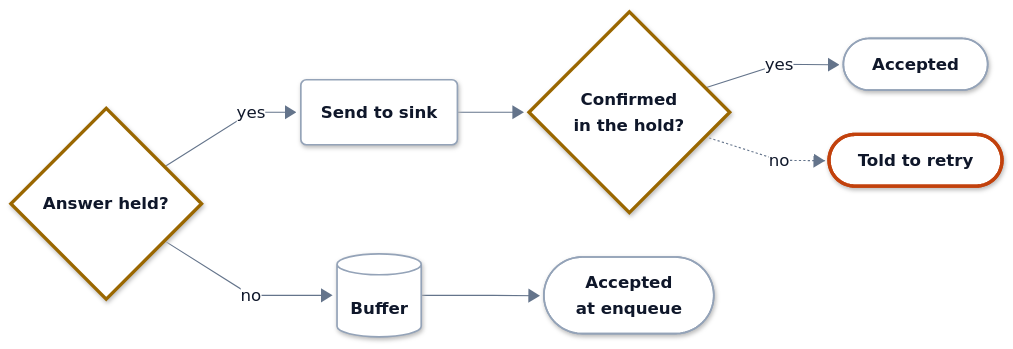
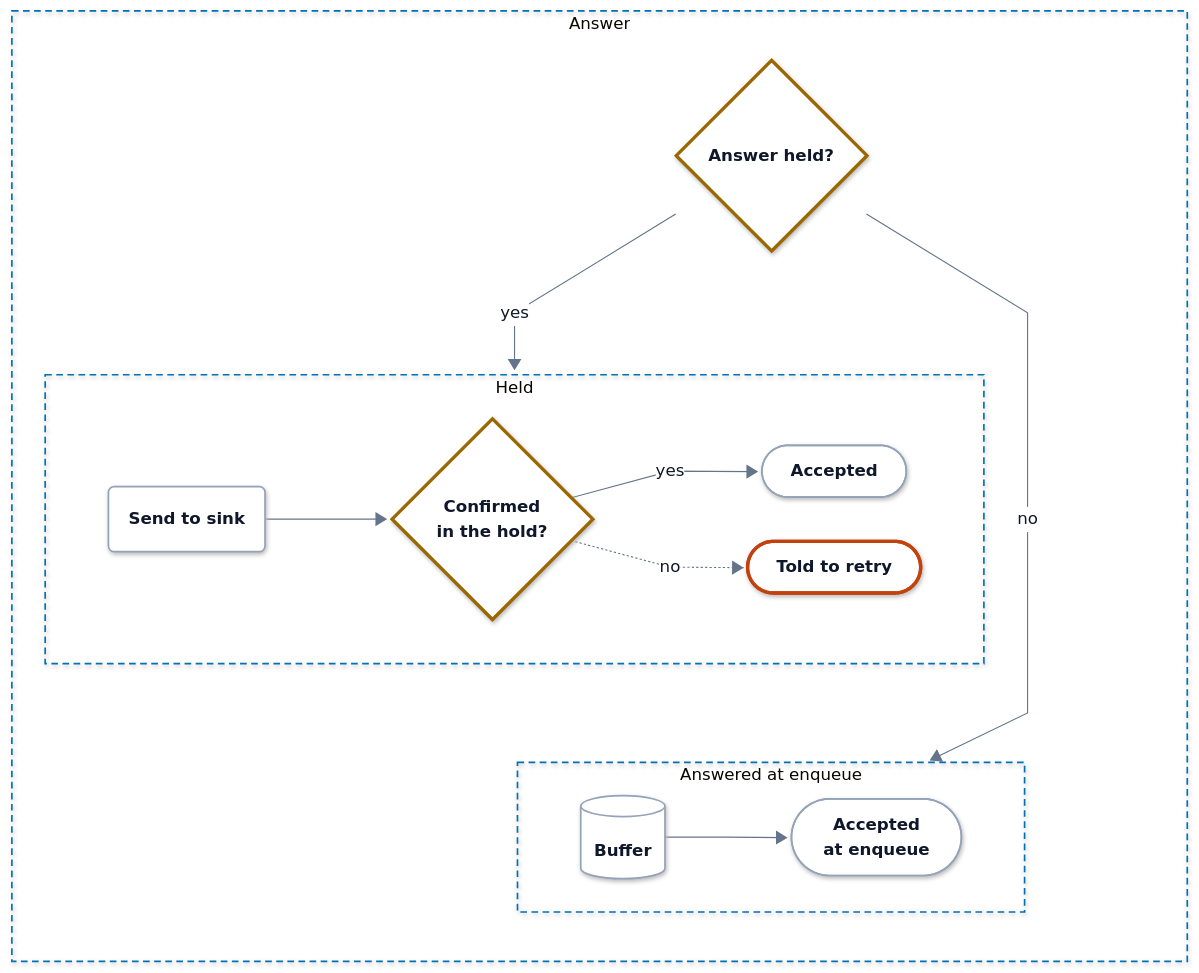
One commit to hyperi-io/dfe-receiver changed the second of 2 diagrams in docs/delivery.md. Above: the diagram before and after it, drawn with Mermaid. The commit also changed other lines of this file and 7 other files, not shown here.

First line of the commit message:
docs(architecture): bring the receiver pages to the architecture standard (#280)

````diff
--- a/docs/delivery.md
+++ b/docs/delivery.md
@@ -54,24 +151,35 @@
     .ui .label-icon{color:#D9480F}
     .ext .label-icon{color:#64748B}
 ---
-flowchart LR
+flowchart TB
     accTitle: L4 Detail -- When a sender is answered
     accDescr: A routed record whose listener holds its answer goes straight to its sink. The sender is told it was accepted when the destination confirms within the hold, and told to retry when it does not. A record whose listener answers at enqueue goes into the buffer, and the sender is told it was accepted at once.
-
-    held{"<b>Answer held?</b>"}
-    send("<b>Send to sink</b>")
-    buffer[("<b>Buffer</b>")]
-    confirmed{"<b>Confirmed<br/>in the hold?</b>"}
-    queued(["<b>Accepted<br/>at enqueue</b>"])
-    ok(["<b>Accepted</b>"])
-    retry(["<b>Told to retry</b>"])
-
-    held -->|yes| send
-    held -->|no| buffer
-    send --> confirmed
-    buffer --> queued
-    confirmed -->|yes| ok
-    confirmed -.->|no| retry
+    subgraph ans["Answer"]
+        direction TB
+        held{"<b>Answer held?</b>"}
+        subgraph HELD["Held"]
+            direction LR
+            send("<b>Send to sink</b>")
+            confirmed{"<b>Confirmed<br/>in the hold?</b>"}
+            ok(["<b>Accepted</b>"])
+            retry(["<b>Told to retry</b>"])
+            send --> confirmed
+            confirmed -->|yes| ok
+            confirmed -.->|no| retry
+        end
+        subgraph ENQ["Answered at enqueue"]
+            direction LR
+            buffer[("<b>Buffer</b>")]
+            queued(["<b>Accepted<br/>at enqueue</b>"])
+            buffer --> queued
+        end
+        held -->|yes| HELD
+        HELD ~~~ ENQ
+        held -->|no| ENQ
+    end
+  class held,confirmed decision
+  class send,buffer,queued,ok part
+  class retry error
   classDef ext fill:#F4F6F8,stroke:#94A3B8,stroke-width:1.5px,stroke-dasharray:5 4,color:#0F172A
   classDef ingest fill:#FFFFFF,stroke:#0E8A7D,stroke-width:3px,color:#0F172A
   classDef xform fill:#FFFFFF,stroke:#7B4FB0,stroke-width:3px,color:#0F172A
@@ -83,7 +191,7 @@
   classDef error fill:#FFFFFF,stroke:#C2410C,stroke-width:3px,color:#0F172A
   classDef control fill:#FFFFFF,stroke:#334155,stroke-width:3px,color:#0F172A
   classDef part fill:#FFFFFF,stroke:#94A3B8,stroke-width:1.5px,color:#0F172A
-  class held,confirmed decision
-  class send,buffer,queued,ok part
-  class retry error
+  style ans fill:none,stroke:#0072B2,stroke-width:1.5px,stroke-dasharray:6 4
+  style HELD fill:none,stroke:#0072B2,stroke-width:1.5px,stroke-dasharray:6 4
+  style ENQ fill:none,stroke:#0072B2,stroke-width:1.5px,stroke-dasharray:6 4
 ```
````
